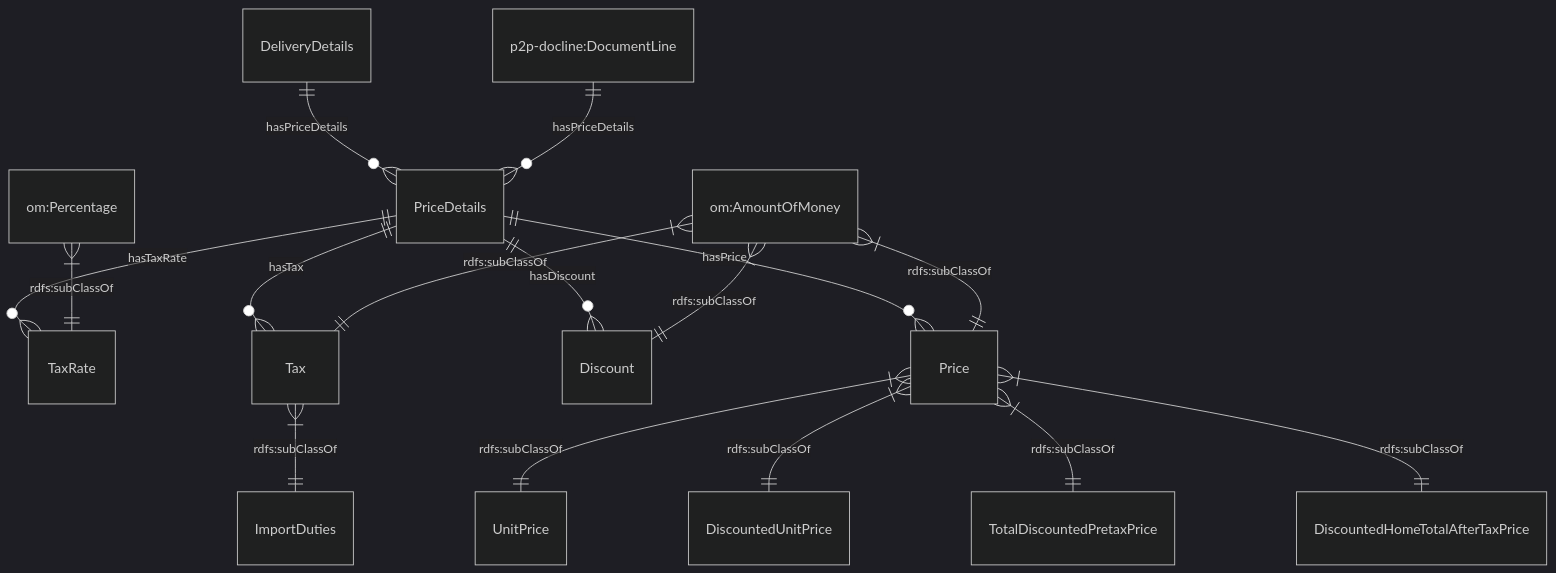
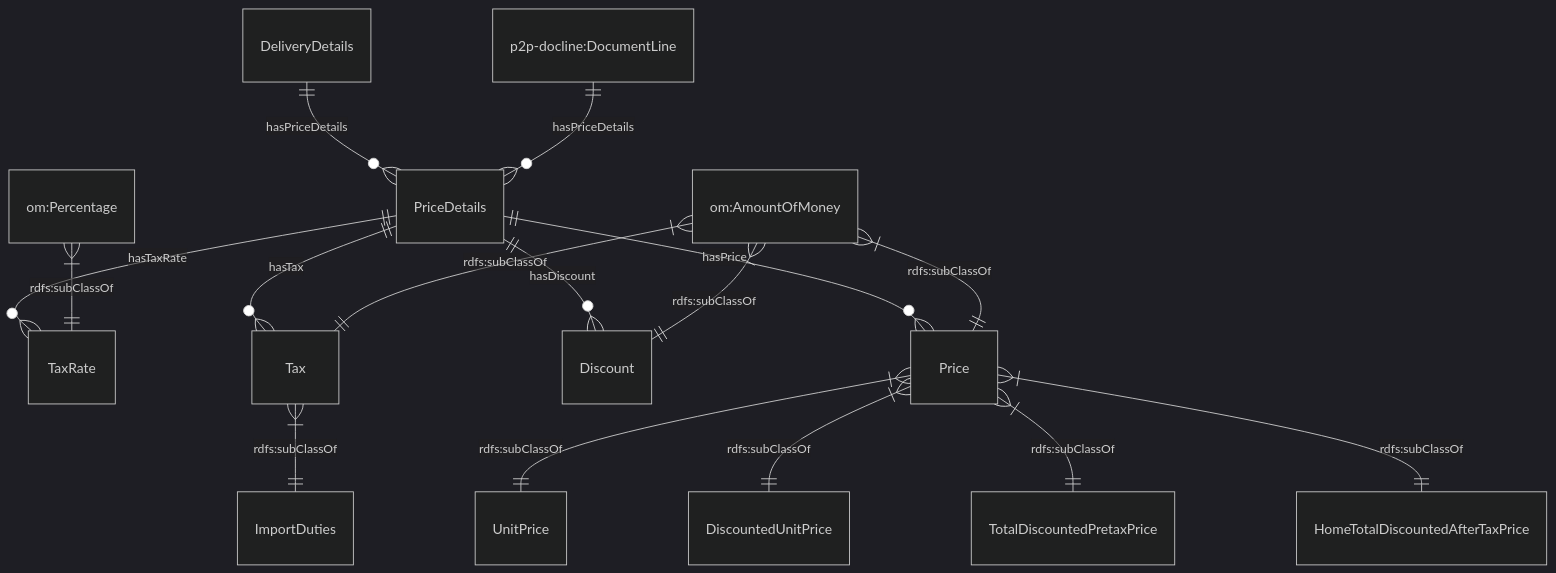
The fifth of 9 diagrams in JPS_Ontology/ontology/ontoassetmanagement/README.MD (cambridge-cares/TheWorldAvatar), drawn with Mermaid (dark theme) before and after one commit. The commit also changed other lines of this file, not shown here.

````diff
--- a/JPS_Ontology/ontology/ontoassetmanagement/README.MD
+++ b/JPS_Ontology/ontology/ontoassetmanagement/README.MD
@@ -119,18 +123,18 @@
 ```mermaid
     erDiagram
     "DeliveryDetails" ||--o{ "PriceDetails" : hasPriceDetails
     "p2p-docline:DocumentLine" ||--o{ "PriceDetails" : hasPriceDetails
     "PriceDetails" ||--o{ "TaxRate" : hasTaxRate
     "om:Percentage" }|--|| "TaxRate" : "rdfs:subClassOf"
     "PriceDetails" ||--o{ "Tax" : hasTax
     "om:AmountOfMoney" }|--|| "Tax" : "rdfs:subClassOf"
     "Tax" }|--|| "ImportDuties" : "rdfs:subClassOf"
     "PriceDetails" ||--o{ "Discount" : hasDiscount
     "om:AmountOfMoney" }|--|| "Discount" : "rdfs:subClassOf"
     "PriceDetails" ||--o{ "Price" : hasPrice
     "om:AmountOfMoney" }|--|| "Price" : "rdfs:subClassOf"
     "Price" }|--|| "UnitPrice" : "rdfs:subClassOf"
     "Price" }|--|| "DiscountedUnitPrice" : "rdfs:subClassOf"
     "Price" }|--|| "TotalDiscountedPretaxPrice" : "rdfs:subClassOf"
-    "Price" }|--|| "DiscountedHomeTotalAfterTaxPrice" : "rdfs:subClassOf"
+    "Price" }|--|| "HomeTotalDiscountedAfterTaxPrice" : "rdfs:subClassOf"
 ```
````
